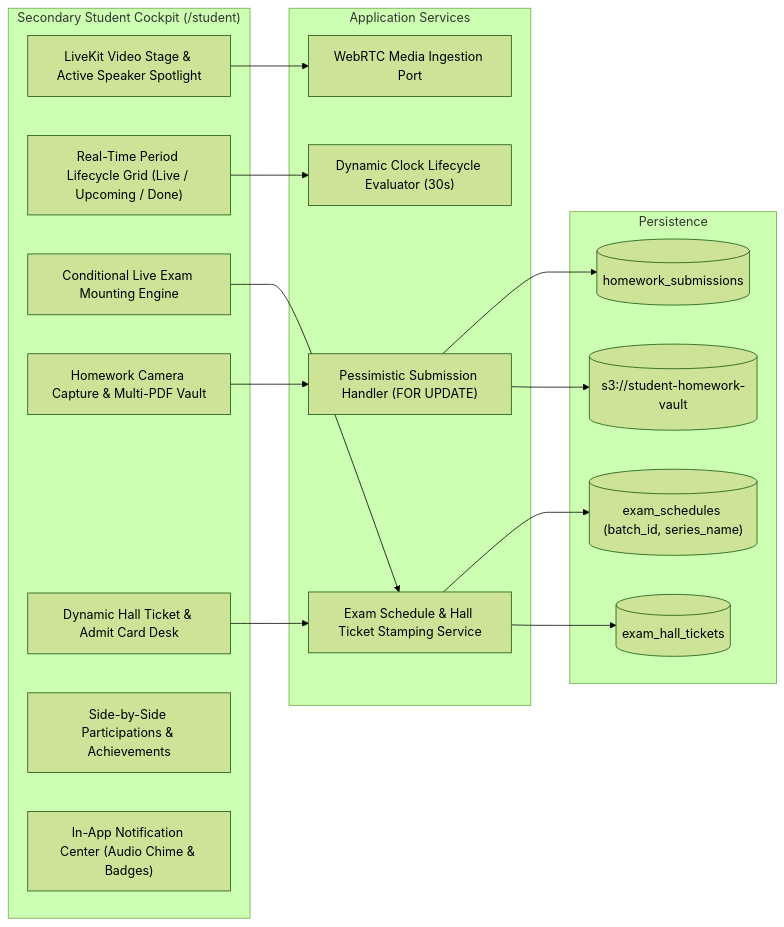
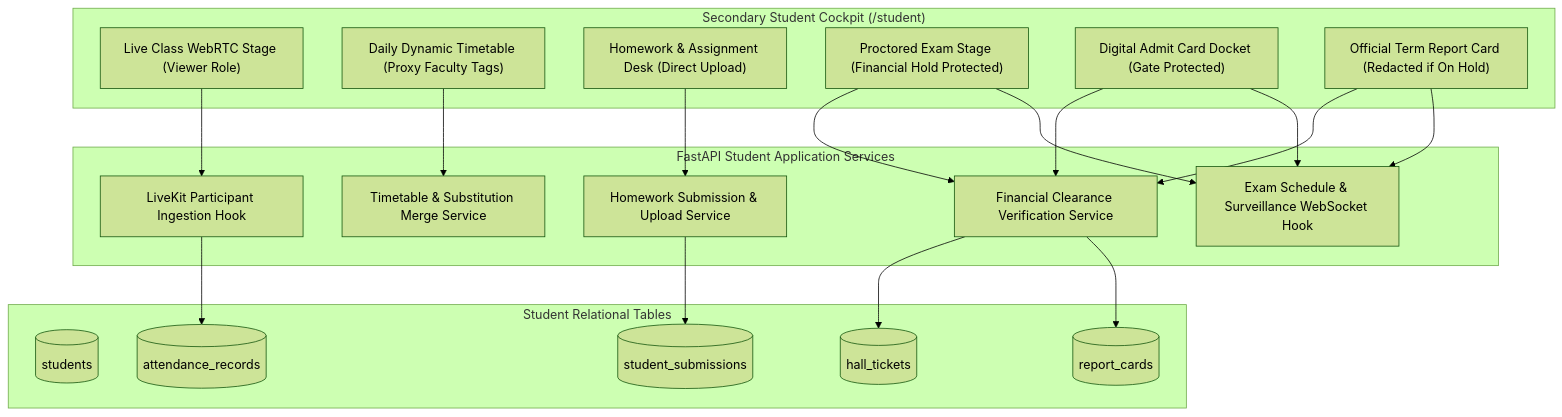
Before and after one commit to DiradzProducts/EDU360: the sixth of 20 diagrams in docs/architecture/ROLE_WISE_ARCHITECTURE_AND_WORKFLOWS.md, drawn with Mermaid (forest theme). The commit also changed other lines of this file and 54 other files, not shown here.

Commit message:
feat(core): synchronize cross-role workflows, dynamic surveillance, and v10.0 architecture

````diff
--- a/docs/architecture/ROLE_WISE_ARCHITECTURE_AND_WORKFLOWS.md
+++ b/docs/architecture/ROLE_WISE_ARCHITECTURE_AND_WORKFLOWS.md
@@ -236,33 +277,36 @@
 ```mermaid
-graph LR
-    subgraph StudentUI ["Secondary Student Cockpit (/student)"]
-        UI_STAGE["LiveKit Video Stage & Active Speaker Spotlight"]
-        UI_DYNAMIC_PERIODS["Real-Time Period Lifecycle Grid (Live / Upcoming / Done)"]
-        UI_COND_EXAM["Conditional Live Exam Mounting Engine"]
-        UI_VAULT["Homework Camera Capture & Multi-PDF Vault"]
-        UI_HALL["Dynamic Hall Ticket & Admit Card Desk"]
-        UI_PORTFOLIO["Side-by-Side Participations & Achievements"]
-        UI_NOTIF["In-App Notification Center (Audio Chime & Badges)"]
+graph TD
+    subgraph StudentCockpit ["Secondary Student Cockpit (/student)"]
+        UI_STAGE["Live Class WebRTC Stage (Viewer Role)"]
+        UI_TIMETABLE["Daily Dynamic Timetable (Proxy Faculty Tags)"]
+        UI_HW_DESK["Homework & Assignment Desk (Direct Upload)"]
+        UI_EXAM_MODAL["Proctored Exam Stage (Financial Hold Protected)"]
+        UI_ADMIT_CARD["Digital Admit Card Docket (Gate Protected)"]
+        UI_REPORT_CARD["Official Term Report Card (Redacted if On Hold)"]
     end
 
-    subgraph StudentPorts ["Application Services"]
-        MEDIA_CONSUMER["WebRTC Media Ingestion Port"]
-        TIMETABLE_TICKER["Dynamic Clock Lifecycle Evaluator (30s)"]
-        VAULT_LOCKER["Pessimistic Submission Handler (FOR UPDATE)"]
-        EXAM_DISPATCHER["Exam Schedule & Hall Ticket Stamping Service"]
+    subgraph StudentServices ["FastAPI Student Application Services"]
+        ST_LIVEKIT["LiveKit Participant Ingestion Hook"]
+        ST_TIMETABLE_SVC["Timetable & Substitution Merge Service"]
+        ST_HW_SVC["Homework Submission & Upload Service"]
+        ST_EXAM_SVC["Exam Schedule & Surveillance WebSocket Hook"]
+        ST_GATE_SVC["Financial Clearance Verification Service"]
     end
 
-    subgraph StudentStorage ["Persistence"]
-        DB_STU_SUB[("homework_submissions")]
-        DB_EXAM_SCHED[("exam_schedules (batch_id, series_name)")]
-        DB_HALL_TICKETS[("exam_hall_tickets")]
-        S3_HOMEWORK[("s3://student-homework-vault")]
+    subgraph StudentPersistence ["Student Relational Tables"]
+        T_STUDENTS[("students")]
+        T_ADMIT[("hall_tickets")]
+        T_REPORT[("report_cards")]
+        T_SUBMISSIONS[("student_submissions")]
+        T_ATTENDANCE[("attendance_records")]
     end
 
-    UI_STAGE --> MEDIA_CONSUMER
-    UI_DYNAMIC_PERIODS --> TIMETABLE_TICKER
-    UI_COND_EXAM --> EXAM_DISPATCHER --> DB_EXAM_SCHED
-    UI_VAULT --> VAULT_LOCKER --> DB_STU_SUB
-    VAULT_LOCKER --> S3_HOMEWORK
-    UI_HALL --> EXAM_DISPATCHER --> DB_HALL_TICKETS
+    UI_STAGE --> ST_LIVEKIT
+    UI_TIMETABLE --> ST_TIMETABLE_SVC
+    UI_HW_DESK --> ST_HW_SVC
+    UI_EXAM_MODAL & UI_ADMIT_CARD & UI_REPORT_CARD --> ST_GATE_SVC & ST_EXAM_SVC
+
+    ST_LIVEKIT --> T_ATTENDANCE
+    ST_HW_SVC --> T_SUBMISSIONS
+    ST_GATE_SVC --> T_ADMIT & T_REPORT
 ```
````
